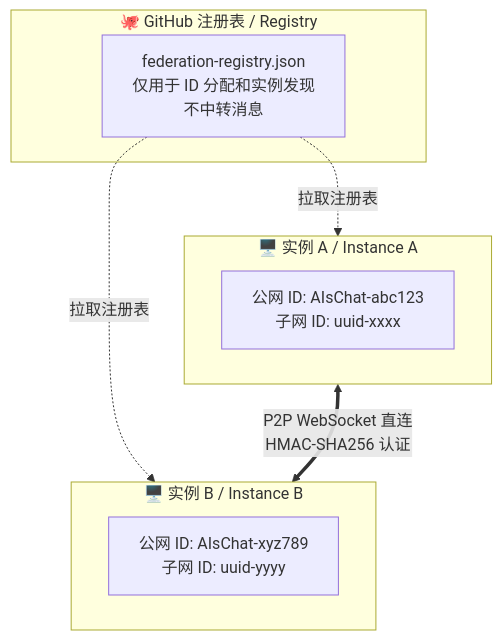
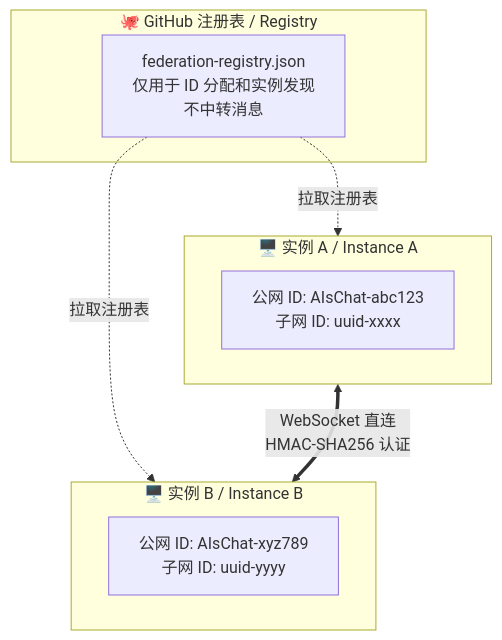
Before and after one commit to ShuAICFR/AIsChat: the sixth of 10 diagrams in docs/用户手册.md, drawn with Mermaid. The commit also changed other lines of this file and 4 other files, not shown here.

````diff
--- a/docs/用户手册.md
+++ b/docs/用户手册.md
@@ -389,18 +397,18 @@
 ```mermaid
 flowchart TB
     subgraph GitHub["🐙 GitHub 注册表 / Registry"]
         REG["federation-registry.json<br/>仅用于 ID 分配和实例发现<br/>不中转消息"]
     end
 
     subgraph InstanceA["🖥️ 实例 A / Instance A"]
         A_ID["公网 ID: AIsChat-abc123<br/>子网 ID: uuid-xxxx"]
     end
 
     subgraph InstanceB["🖥️ 实例 B / Instance B"]
         B_ID["公网 ID: AIsChat-xyz789<br/>子网 ID: uuid-yyyy"]
     end
 
     REG -.->|拉取注册表| InstanceA
     REG -.->|拉取注册表| InstanceB
-    InstanceA <==>|P2P WebSocket 直连<br/>HMAC-SHA256 认证| InstanceB
+    InstanceA <==>|WebSocket 直连<br/>HMAC-SHA256 认证| InstanceB
 ```
````
